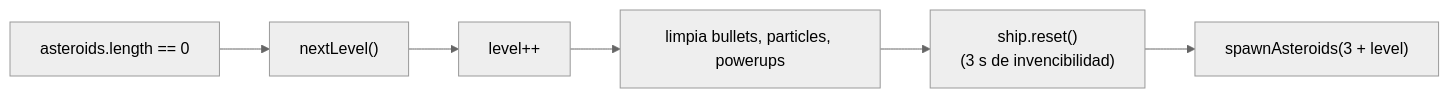
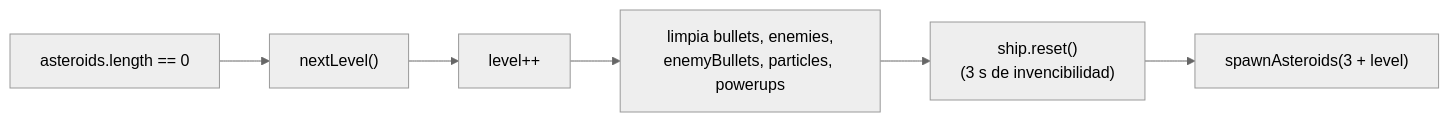
One commit to dalwork/opencode-asteroids changed the fifth of 5 diagrams in ARCHITECTURE.md. Above: the diagram before and after it, drawn with Mermaid (neutral theme). The commit also changed other lines of this file and 3 other files, not shown here.

````diff
--- a/ARCHITECTURE.md
+++ b/ARCHITECTURE.md
@@ -187,8 +219,8 @@
 ```mermaid
 flowchart LR
     A["asteroids.length == 0"] --> B["nextLevel()"]
     B --> C["level++"]
-    C --> D["limpia bullets, particles, powerups"]
+    C --> D["limpia bullets, enemies,<br/>enemyBullets, particles, powerups"]
     D --> E["ship.reset()<br/>(3 s de invencibilidad)"]
     E --> F["spawnAsteroids(3 + level)"]
 ```
````
